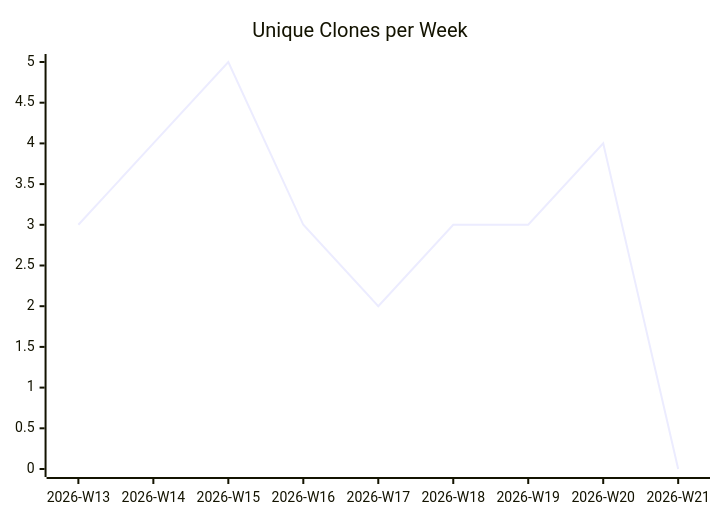
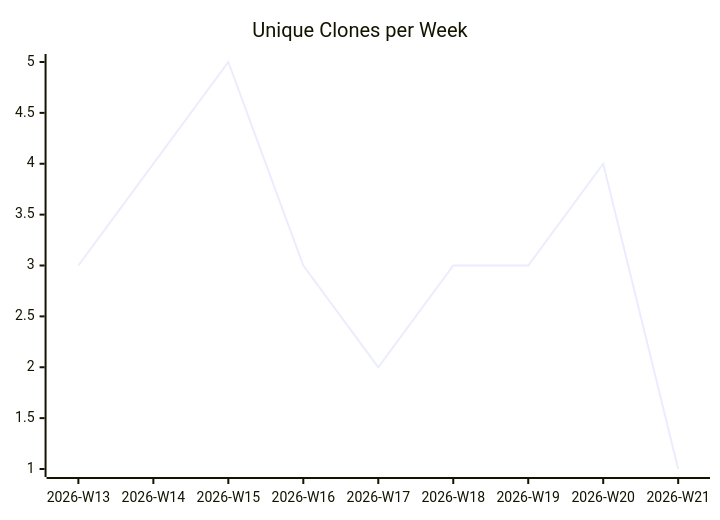
Before and after one commit to justdavis-family/github-analytics-data: the third of 3 diagrams in karlmdavis/justdavis-karl/README.md, drawn with Mermaid. The commit also changed other lines of this file and 189 other files, not shown here.

````diff
--- a/karlmdavis/justdavis-karl/README.md
+++ b/karlmdavis/justdavis-karl/README.md
@@ -19,6 +19,6 @@
 ```mermaid
 xychart-beta
   title "Unique Clones per Week"
   x-axis ["2026-W13", "2026-W14", "2026-W15", "2026-W16", "2026-W17", "2026-W18", "2026-W19", "2026-W20", "2026-W21"]
-  line [3, 4, 5, 3, 2, 3, 3, 4, 0]
+  line [3, 4, 5, 3, 2, 3, 3, 4, 1]
 ```
````
